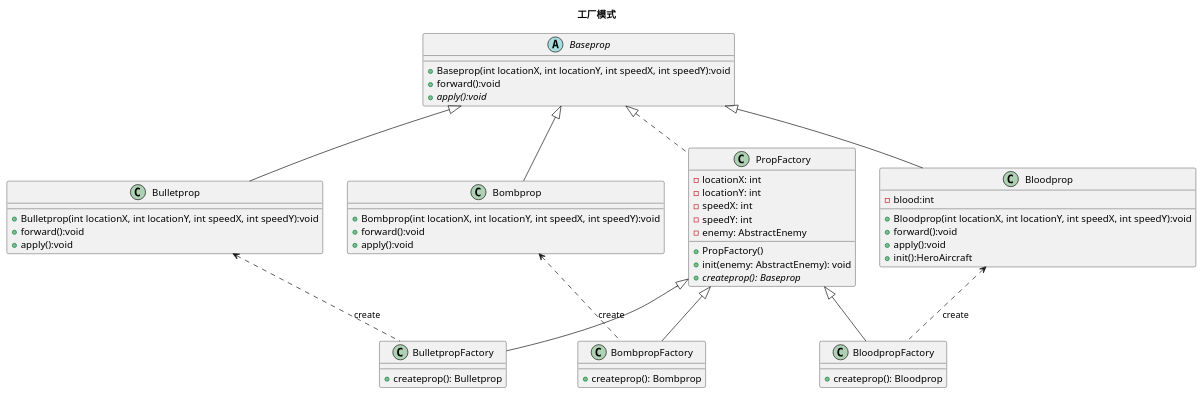
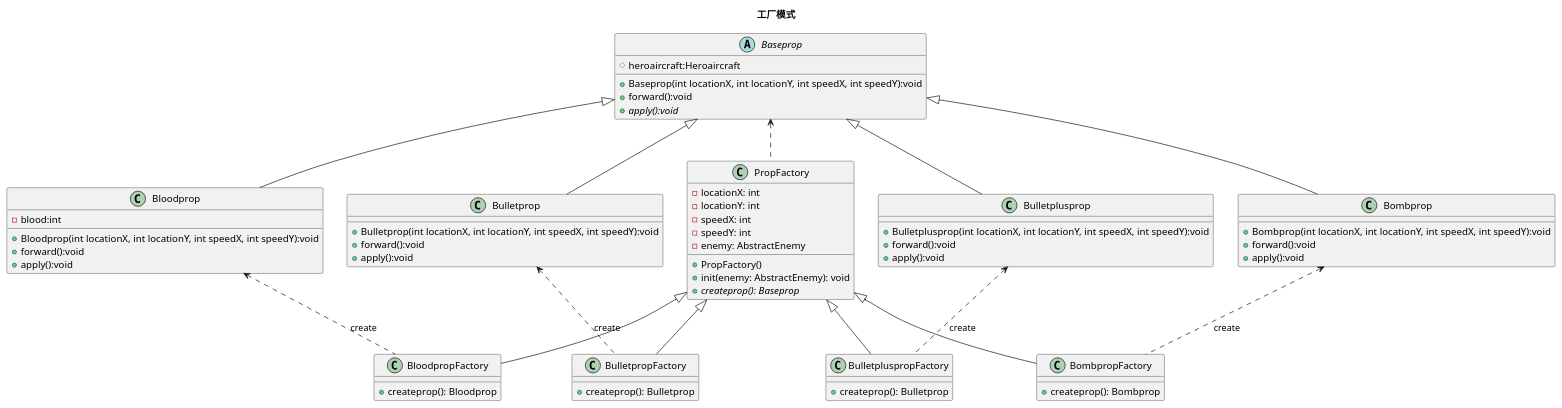
Before and after one commit to jangyicheng/Java-wargame: the diagram in uml/propfactory.puml, drawn with PlantUML. The commit also changed 33 other files, not shown here.

```diff
--- a/uml/propfactory.puml
+++ b/uml/propfactory.puml
@@ -1,82 +1,87 @@
 @startuml
 'https://plantuml.com/class-diagram
 title 工厂模式
 'class HeroAircraft {
 '    - shootNum:int
 '    - power:int
 '    - direction:int
 '    -{static}instance:HeroAircraft
 '    - HeroAircraft(int locationX, int locationY, int speedX, int speedY, int hp)
 '    + forward():void
 '    + shoot():List<BaseBullet>
 '    +getinstance(int locationX, int locationY, int speedX, int speedY, int hp);
 '}
 
 
 class PropFactory {
     - locationX: int
     - locationY: int
     - speedX: int
     - speedY: int
     - enemy: AbstractEnemy
 
     + PropFactory()
     + init(enemy: AbstractEnemy): void
     {abstract} + createprop(): Baseprop
 }
-class BulletpropFactory {
+class BulletpropFactory extends PropFactory{
     + createprop(): Bulletprop
 }
-class BloodpropFactory {
+class BulletpluspropFactory extends PropFactory{
+    + createprop(): Bulletprop
+}
+class BloodpropFactory extends PropFactory{
     + createprop(): Bloodprop
 }
-class BombpropFactory {
+class BombpropFactory extends PropFactory{
     + createprop(): Bombprop
 }
 abstract class Baseprop {
+#heroaircraft:Heroaircraft
 +Baseprop(int locationX, int locationY, int speedX, int speedY):void
 +forward():void
 +{abstract}apply():void
 }
 
 
-class Bloodprop {
+class Bloodprop extends Baseprop{
 - blood:int
 +Bloodprop(int locationX, int locationY, int speedX, int speedY):void
 +forward():void
 +apply():void
-+init():HeroAircraft
 }
 
-class  Bombprop {
+class  Bombprop extends Baseprop{
 + Bombprop(int locationX, int locationY, int speedX, int speedY):void
 +forward():void
 +apply():void
 }
 
 
-class  Bulletprop  {
+class  Bulletprop extends Baseprop{
 +  Bulletprop(int locationX, int locationY, int speedX, int speedY):void
 +forward():void
 +apply():void
 }
 
-PropFactory <|-- BulletpropFactory
-PropFactory <|-- BombpropFactory
-PropFactory <|-- BloodpropFactory
-Baseprop <|.. PropFactory
-Baseprop <|-- Bulletprop
-Baseprop <|-- Bombprop
-Baseprop <|-- Bloodprop
+class  Bulletplusprop extends Baseprop{
++  Bulletplusprop(int locationX, int locationY, int speedX, int speedY):void
++forward():void
++apply():void
+}
+
+
+Baseprop <.. PropFactory
 Bloodprop <.. BloodpropFactory:create
 Bombprop <.. BombpropFactory:create
 Bulletprop <.. BulletpropFactory:create
+Bulletplusprop <.. BulletpluspropFactory:create
 
 
 
 
 
 
 
 
 @enduml
```
